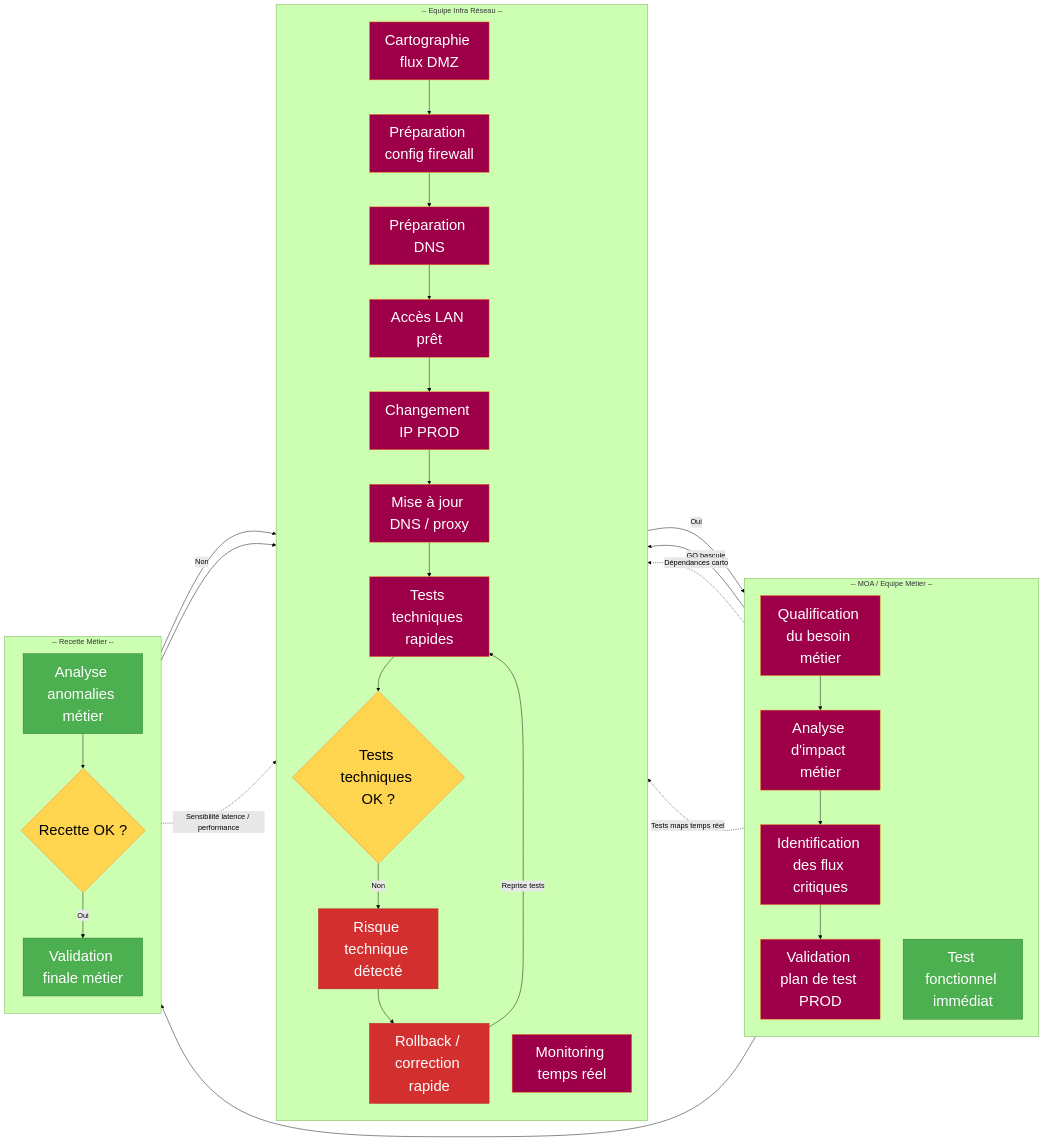
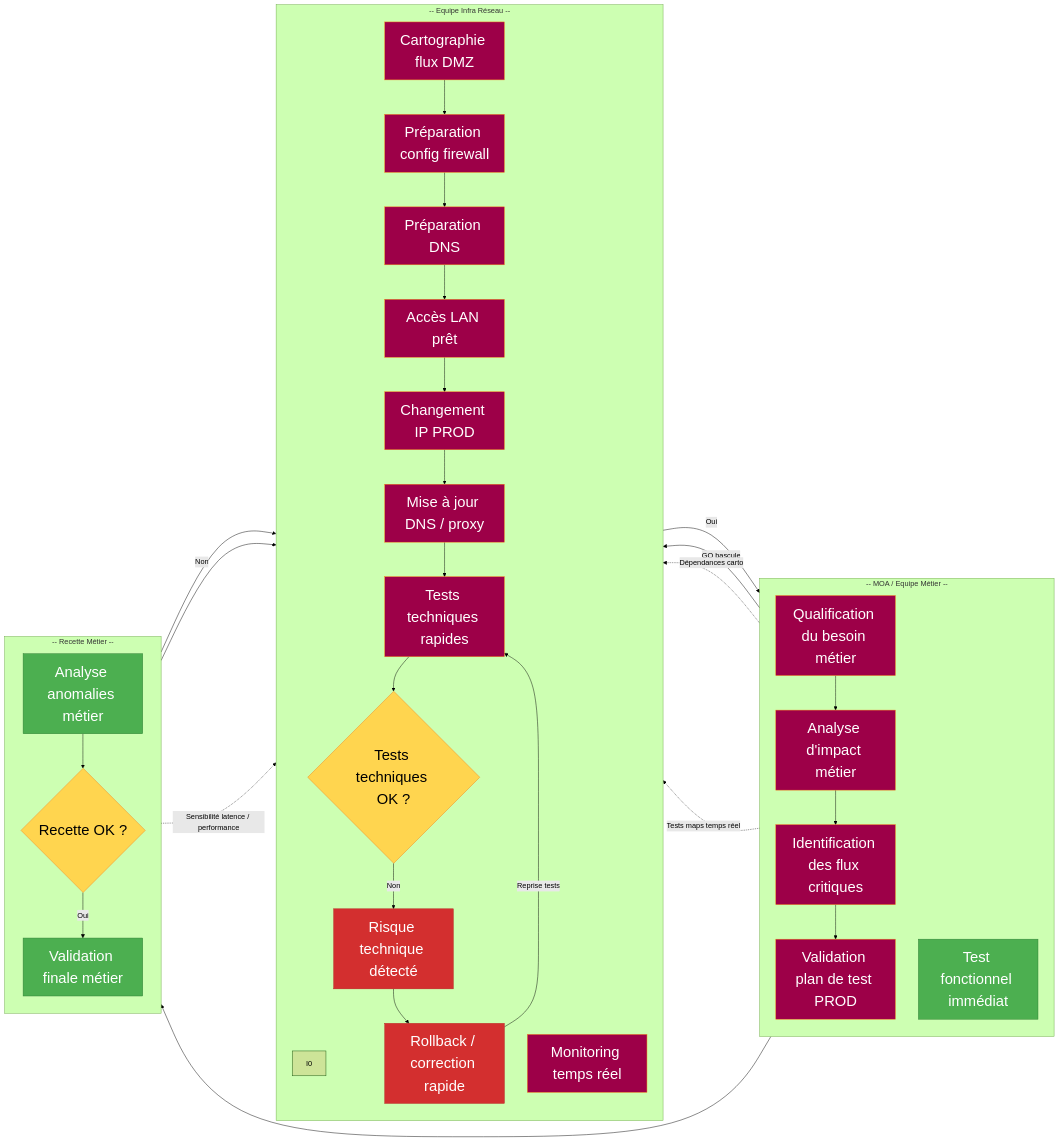
Before and after one commit to fdadda/iodraw-files: the diagram in all/CHANGE IP - Sans Pre-Prod.md, drawn with Mermaid (forest theme).

Commit message:
2026-06-01 15:09:08 update

````diff
--- a/all/CHANGE IP - Sans Pre-Prod.md
+++ b/all/CHANGE IP - Sans Pre-Prod.md
@@ -1,78 +1,78 @@
 ```mermaid
 flowchart LR
 
 %% Styles
 classDef metier fill:#9d0048,stroke:#f57f17,color:#ffffff,font-size:32px;
 classDef infra fill:#9d0048,stroke:#f57f17,color:#ffffff,font-size:32px;
 classDef recette fill:#4caf50,stroke:#2e7d32,color:#ffffff,font-size:32px;
 classDef decision fill:#ffd54f,stroke:#f57f17,color:#000000,font-size:32px;
 classDef risk fill:#d32f2f,stroke:#b71c1c,color:#ffffff,font-size:32px;
 
 %% Bloc Métier
 subgraph METIER [-- MOA / Equipe Métier --]
     direction TB
     M1["Qualification du besoin métier"]:::metier
     M2["Analyse d'impact métier"]:::metier
     M3["Identification des flux critiques"]:::metier
     M4["Validation plan de test PROD"]:::metier
     M5["Validation fenêtre de bascule"]:::metier
 
 end
 
 %% Bloc Infra
 subgraph INFRA [-- Equipe Infra Réseau --]
     direction TB
-    
+    I0
     I1["Cartographie flux DMZ"]:::infra
     I2["Préparation config firewall"]:::infra
     I3["Préparation DNS"]:::infra
     I4["Accès LAN prêt"]:::infra
     I5["Changement IP PROD"]:::infra
     I6["Mise à jour DNS / proxy"]:::infra
     I7["Tests techniques rapides"]:::infra
     D1{"Tests techniques OK ?"}:::decision
     R1["Risque technique détecté"]:::risk
     I9["Rollback / correction rapide"]:::risk
     I8["Monitoring temps réel"]:::infra
 end
 
 %% Bloc Recette
 subgraph RECETTE [-- Recette Métier --]
     direction TB
     M5["Test fonctionnel immédiat"]:::recette
     M6["Analyse anomalies métier"]:::recette
     D2{"Recette OK ?"}:::decision
     M7["Validation finale métier"]:::recette
 end
 
 %% Ordonnancement visuel
 METIER --> INFRA --> RECETTE
 linkStyle 0 opacity:0
 linkStyle 1 opacity:0
 
 %% Workflow Métier
 M1 --> M2 --> M3 --> M4
 M4 -->|GO bascule| I1
 
 %% Workflow Infra
 I1 --> I2 --> I3 --> I4 --> I5 --> I6 --> I7 --> D1
 
 %% Décision technique
 D1 -->|Oui| M5
 D1 -->|Non| R1
 R1 --> I9
 I9 -->|Reprise tests| I7
 
 %% Workflow Recette
 M5 --> M6 --> D2
 D2 -->|Oui| M7
 D2 -->|Non| I9
 
 %% Mise en production stabilisée
 M7 --> I8
 
 %% Dépendances GEO
 M2 -.->|Dépendances carto| I7
 M5 -.->|Tests maps temps réel| I8
 M6 -.->|Sensibilité latence / performance| I8
 ```
````
